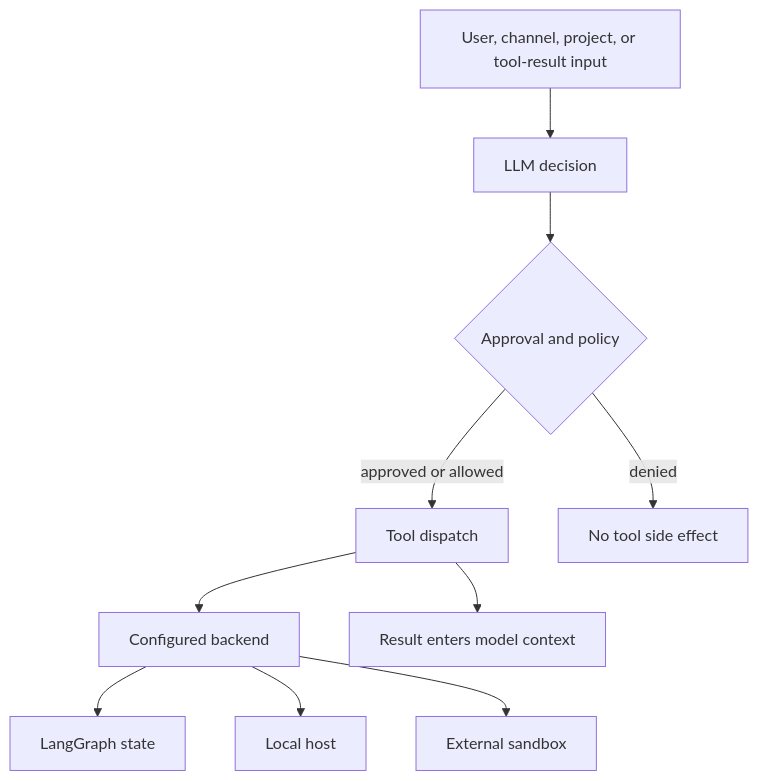
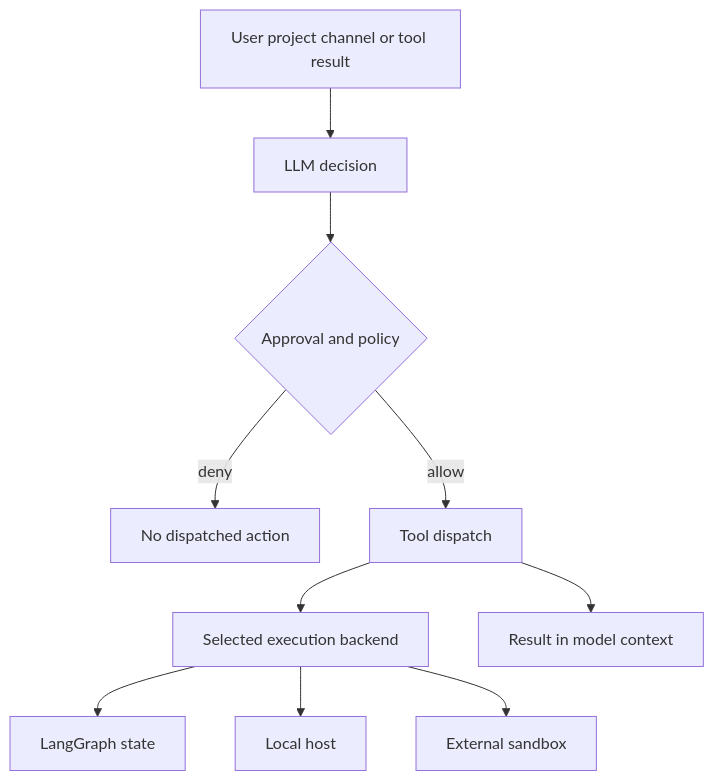
Before and after one commit to langchain-ai/deepagents: the first of 2 diagrams in openwiki/operations/security.md, drawn with Mermaid. The commit also changed other lines of this file and 36 other files, not shown here.

````diff
--- a/openwiki/operations/security.md
+++ b/openwiki/operations/security.md
@@ -49,12 +39,12 @@
 ```mermaid
 flowchart TD
-    Input["User, channel, project, or tool-result input"] --> Model["LLM decision"]
+    Input["User project channel or tool result"] --> Model["LLM decision"]
     Model --> Gate{"Approval and policy"}
-    Gate -->|approved or allowed| Tool["Tool dispatch"]
-    Gate -->|denied| Stop["No tool side effect"]
-    Tool --> Backend["Configured backend"]
+    Gate -->|deny| Stop["No dispatched action"]
+    Gate -->|allow| Tool["Tool dispatch"]
+    Tool --> Backend["Selected execution backend"]
     Backend --> State["LangGraph state"]
     Backend --> Host["Local host"]
-    Backend --> Sandbox["External sandbox"]
-    Tool --> Context["Result enters model context"]
+    Backend --> External["External sandbox"]
+    Tool --> Context["Result in model context"]
 ```
````
